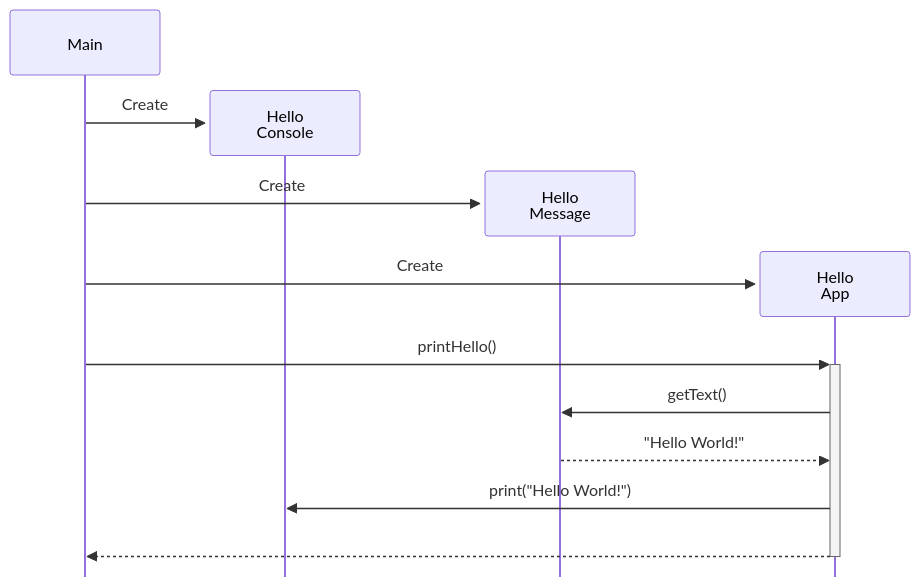
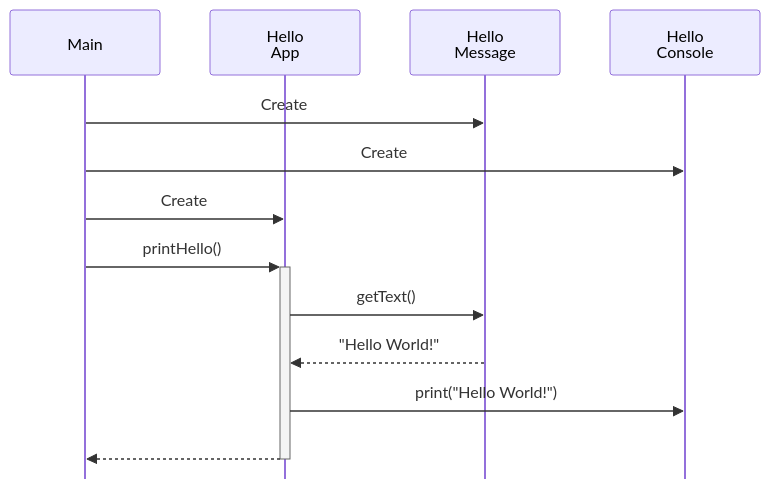
The first of 3 diagrams in README.md (rogervinas/tests-everywhere), drawn with Mermaid before and after one commit. The commit also changed other lines of this file, not shown here.

````diff
--- a/README.md
+++ b/README.md
@@ -5,16 +5,16 @@
 ```mermaid
 %%{ init: { "sequence": { "mirrorActors": false } } }%%
 sequenceDiagram
   participant Main
-  create participant HelloConsole as Hello<br>Console
+  participant HelloApp as Hello<br>App
+  participant HelloMessage as Hello<br>Message
+  participant HelloConsole as Hello<br>Console
+  Main ->> HelloMessage: Create
   Main ->> HelloConsole: Create
-  create participant HelloMessage as Hello<br>Message
-  Main ->> HelloMessage: Create
-  create participant HelloApp as Hello<br>App
   Main ->> HelloApp: Create
   Main ->>+ HelloApp: printHello()
   HelloApp ->> HelloMessage: getText()
   HelloMessage -->> HelloApp: "Hello World!"
   HelloApp ->> HelloConsole: print("Hello World!")
   HelloApp -->>- Main: #0032;
 ```
````
